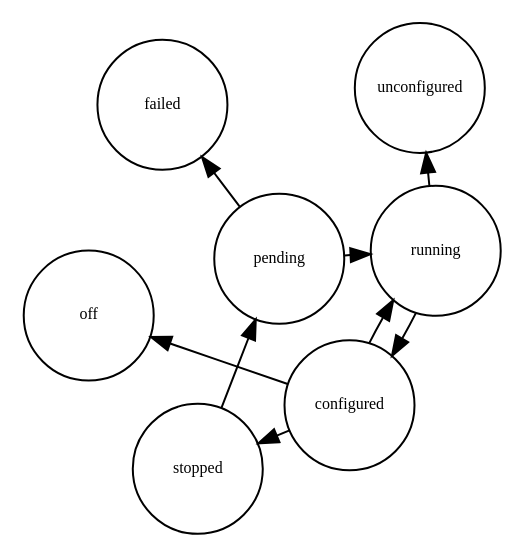
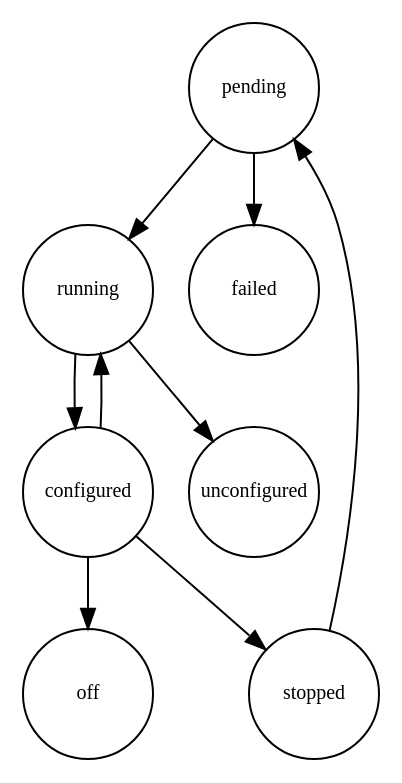
The diagram in doc/source/xmlrpc.rst (grycap/im), drawn with Graphviz before and after one commit.

```diff
--- a/doc/source/xmlrpc.rst
+++ b/doc/source/xmlrpc.rst
@@ -86,10 +86,10 @@
    .. digraph:: stategraph
    
-      layout=fdp;
-      node [shape=circle, fontsize=8, fixedsize=true, height=.9, weight=.9];
+      layout=dot;
+      node [shape=circle, fontsize=10, fixedsize=true, height=.9, weight=.9];
       "pending" -> "running" -> "configured" -> "off" ;
       "pending" -> "failed";
       "running" -> "unconfigured";
       "configured" -> "stopped";
       "configured" -> "running";
       "stopped" -> "pending";
```
